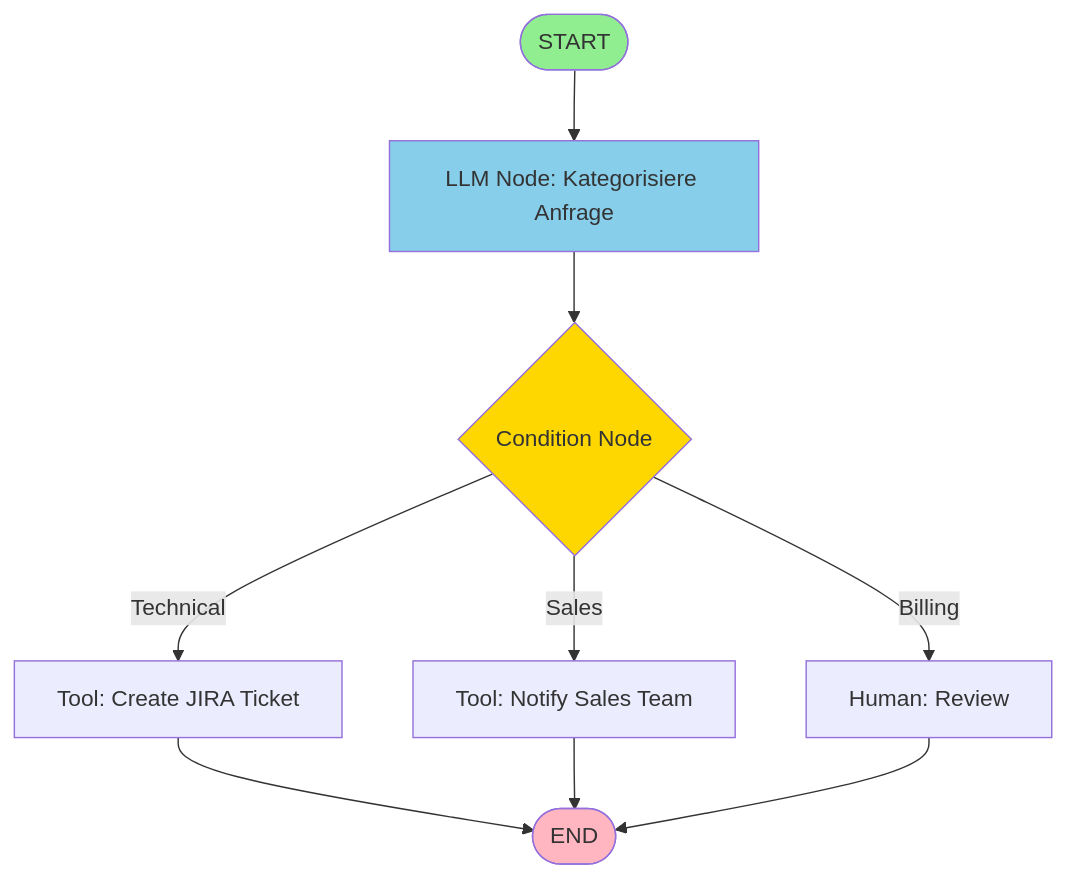
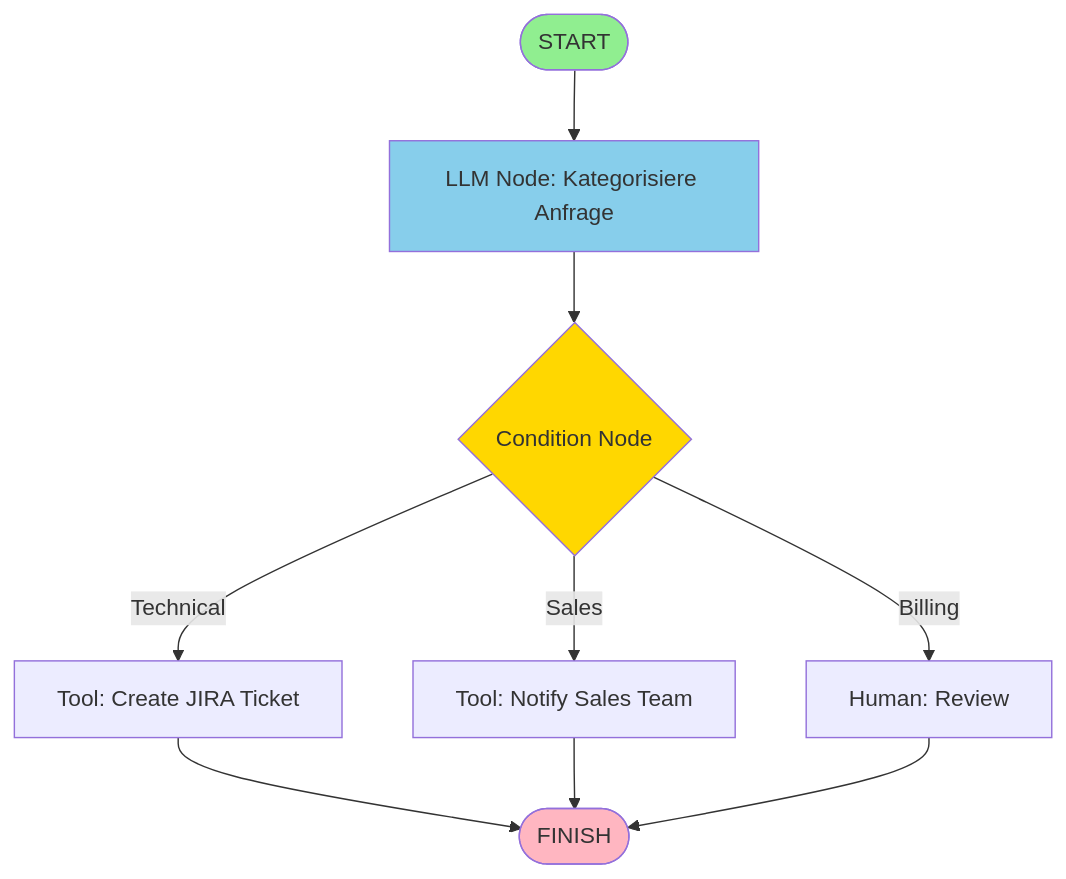
The fifth of 22 diagrams in docs/frameworks/Einsteiger_Agent_Builder.md (ralf-42/GenAI), drawn with Mermaid before and after one commit. The commit also changed other lines of this file and 1 other file, not shown here.

````diff
--- a/docs/frameworks/Einsteiger_Agent_Builder.md
+++ b/docs/frameworks/Einsteiger_Agent_Builder.md
@@ -134,16 +134,16 @@
 ```mermaid
 graph TB
     START([START]) --> LLM[LLM Node: Kategorisiere Anfrage]
     LLM --> COND{Condition Node}
     COND -->|Technical| TECH[Tool: Create JIRA Ticket]
     COND -->|Sales| SALES[Tool: Notify Sales Team]
     COND -->|Billing| HUMAN[Human: Review]
-    TECH --> END([END])
-    SALES --> END
-    HUMAN --> END
+    TECH --> FINISH([FINISH])
+    SALES --> FINISH
+    HUMAN --> FINISH
 
     style START fill:#90EE90
-    style END fill:#FFB6C1
+    style FINISH fill:#FFB6C1
     style COND fill:#FFD700
     style LLM fill:#87CEEB
 ```
````
